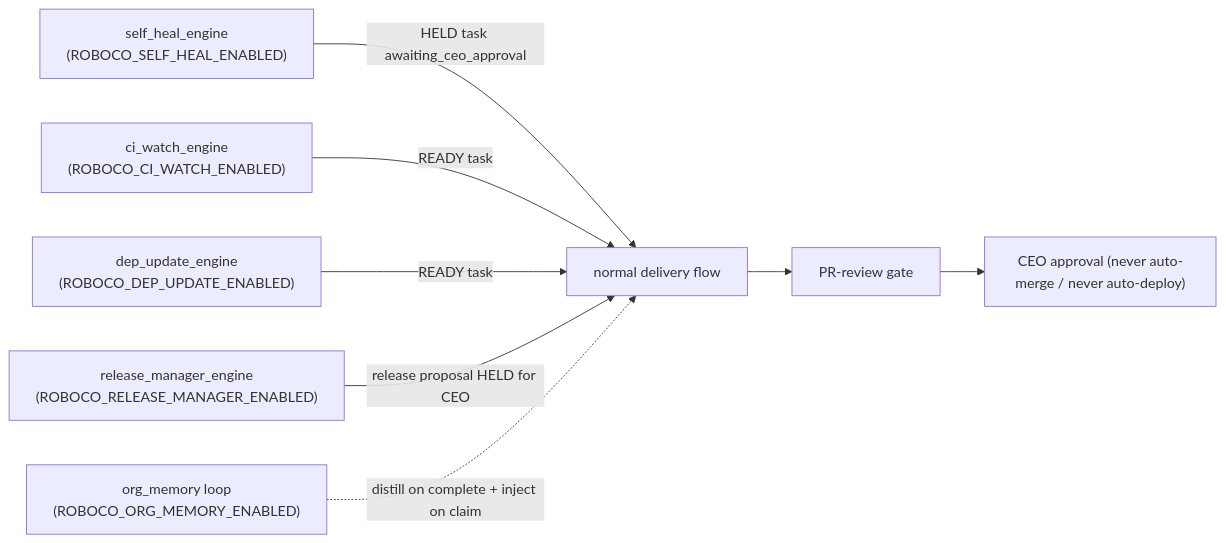
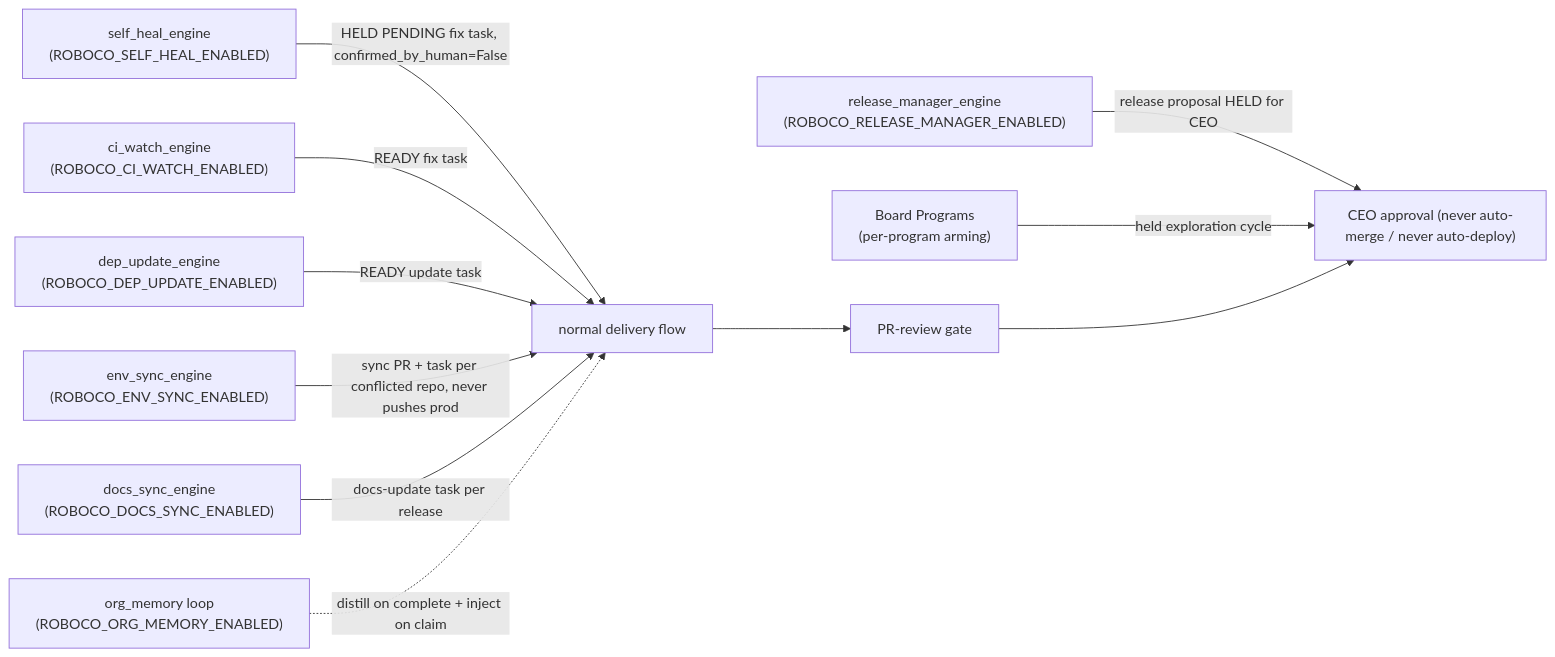
One commit to rennf93/roboco changed the ninth of 9 diagrams in docs/map/_front.md. Above: the diagram before and after it, drawn with Mermaid. The commit also changed other lines of this file and 28 other files, not shown here.

````diff
--- a/docs/map/_front.md
+++ b/docs/map/_front.md
@@ -425,10 +384,13 @@
 ```mermaid
 graph LR
-    SH["self_heal_engine<br/>(ROBOCO_SELF_HEAL_ENABLED)"] -->|HELD task awaiting_ceo_approval| Flow["normal delivery flow"]
-    CIW["ci_watch_engine<br/>(ROBOCO_CI_WATCH_ENABLED)"] -->|READY task| Flow
-    DEP["dep_update_engine<br/>(ROBOCO_DEP_UPDATE_ENABLED)"] -->|READY task| Flow
-    RM["release_manager_engine<br/>(ROBOCO_RELEASE_MANAGER_ENABLED)"] -->|release proposal HELD for CEO| Flow
+    SH["self_heal_engine<br/>(ROBOCO_SELF_HEAL_ENABLED)"] -->|HELD PENDING fix task, confirmed_by_human=False| Flow["normal delivery flow"]
+    CIW["ci_watch_engine<br/>(ROBOCO_CI_WATCH_ENABLED)"] -->|READY fix task| Flow
+    DEP["dep_update_engine<br/>(ROBOCO_DEP_UPDATE_ENABLED)"] -->|READY update task| Flow
+    ENV["env_sync_engine<br/>(ROBOCO_ENV_SYNC_ENABLED)"] -->|sync PR + task per conflicted repo, never pushes prod| Flow
+    DOCS["docs_sync_engine<br/>(ROBOCO_DOCS_SYNC_ENABLED)"] -->|docs-update task per release| Flow
+    RM["release_manager_engine<br/>(ROBOCO_RELEASE_MANAGER_ENABLED)"] -->|release proposal HELD for CEO| CEOGate
+    BP["Board Programs<br/>(per-program arming)"] -->|held exploration cycle| CEOGate
     Flow --> Gate["PR-review gate"]
     Gate --> CEOGate["CEO approval (never auto-merge / never auto-deploy)"]
     OM["org_memory loop<br/>(ROBOCO_ORG_MEMORY_ENABLED)"] -.->|distill on complete + inject on claim| Flow
 ```
````
